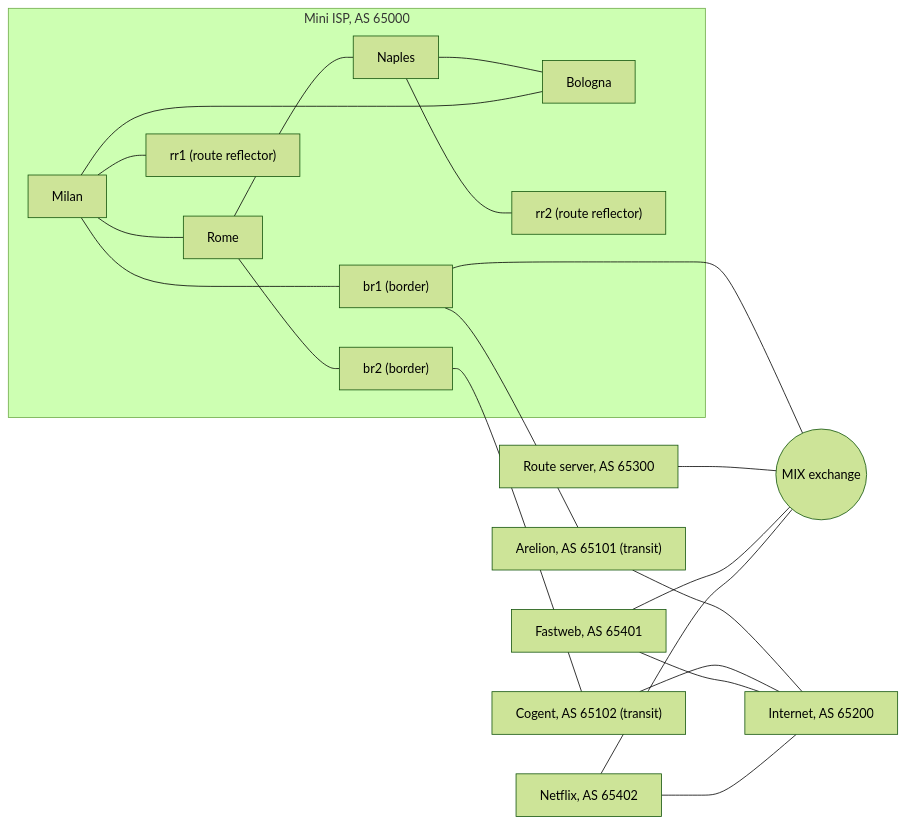
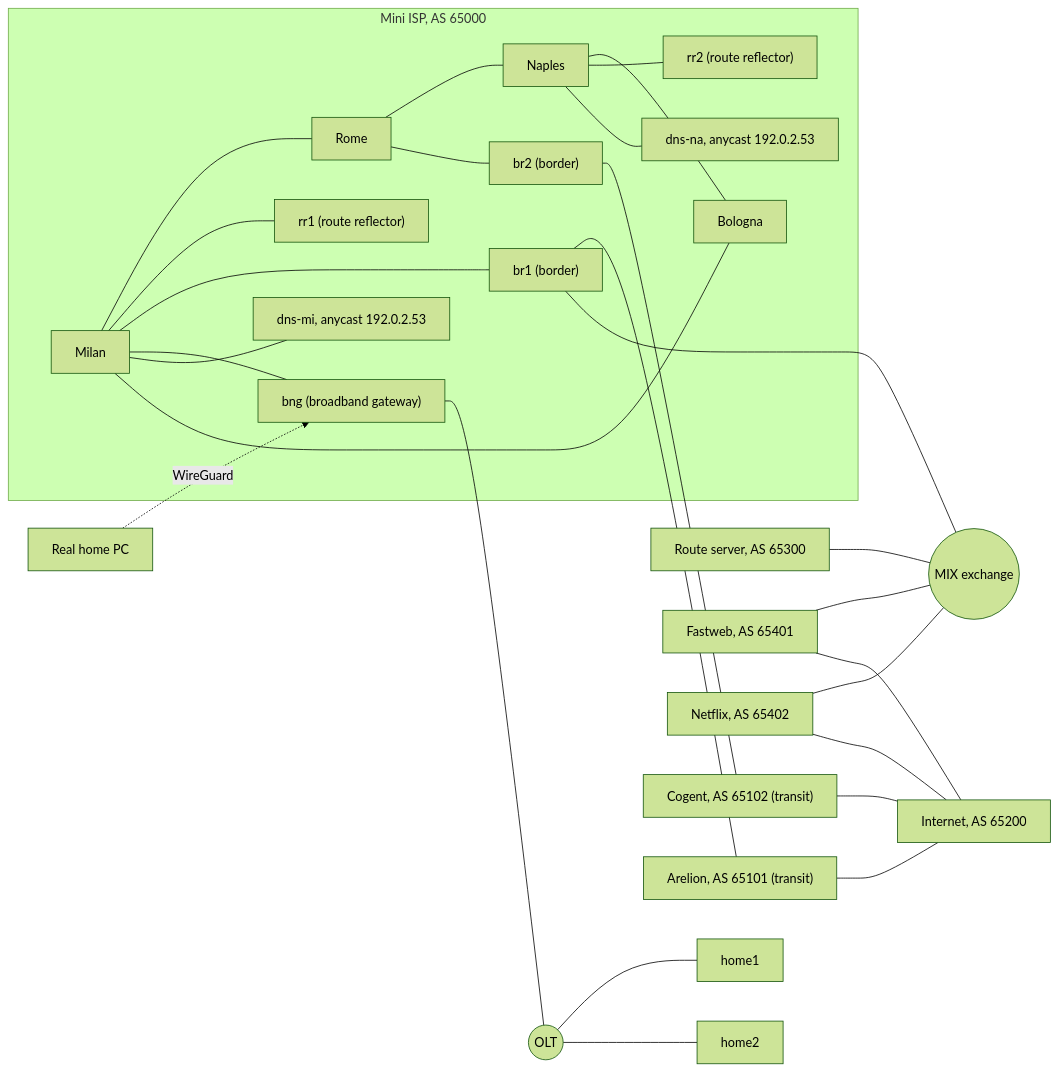
Before and after one commit to ahmed-touseef/mini-isp: the diagram in README.md, drawn with Mermaid (forest theme). The commit also changed other lines of this file and 5 other files, not shown here.

Commit message:
Phase 5: BNG with DHCP, CGNAT, anycast DNS, real home over WireGuard; README

````diff
--- a/README.md
+++ b/README.md
@@ -7,23 +7,30 @@
 ```mermaid
 graph LR
   subgraph AS65000["Mini ISP, AS 65000"]
     MILAN["Milan"] --- ROME["Rome"]
     ROME --- NAPLES["Naples"]
     NAPLES --- BOLOGNA["Bologna"]
     BOLOGNA --- MILAN
     MILAN --- RR1["rr1 (route reflector)"]
     NAPLES --- RR2["rr2 (route reflector)"]
     MILAN --- BR1["br1 (border)"]
     ROME --- BR2["br2 (border)"]
+    MILAN --- BNG["bng (broadband gateway)"]
+    MILAN --- DNSMI["dns-mi, anycast 192.0.2.53"]
+    NAPLES --- DNSNA["dns-na, anycast 192.0.2.53"]
   end
   BR1 --- ARELION["Arelion, AS 65101 (transit)"]
   BR2 --- COGENT["Cogent, AS 65102 (transit)"]
   ARELION --- INTERNET["Internet, AS 65200"]
   COGENT --- INTERNET
   BR1 --- MIX(("MIX exchange"))
   RS["Route server, AS 65300"] --- MIX
   FASTWEB["Fastweb, AS 65401"] --- MIX
   NETFLIX["Netflix, AS 65402"] --- MIX
   FASTWEB --- INTERNET
   NETFLIX --- INTERNET
+  BNG --- OLT(("OLT"))
+  OLT --- HOME1["home1"]
+  OLT --- HOME2["home2"]
+  PC["Real home PC"] -. WireGuard .-> BNG
 ```
````
